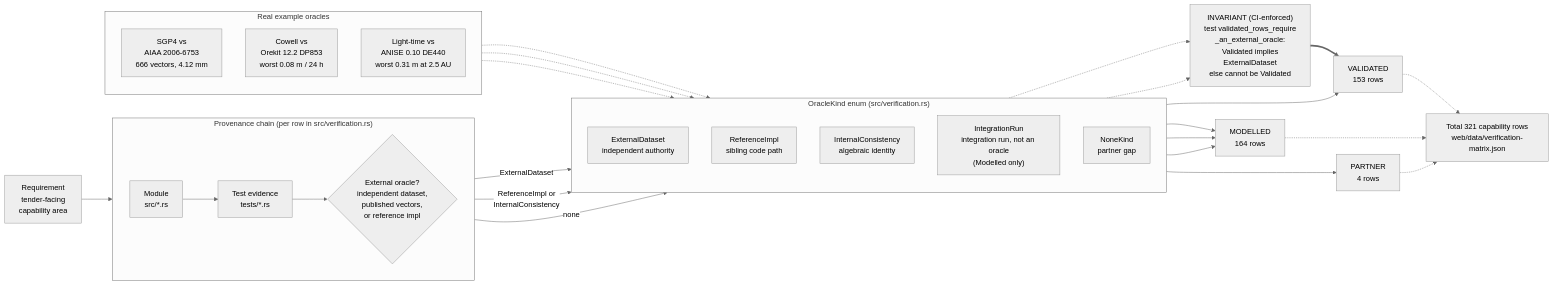
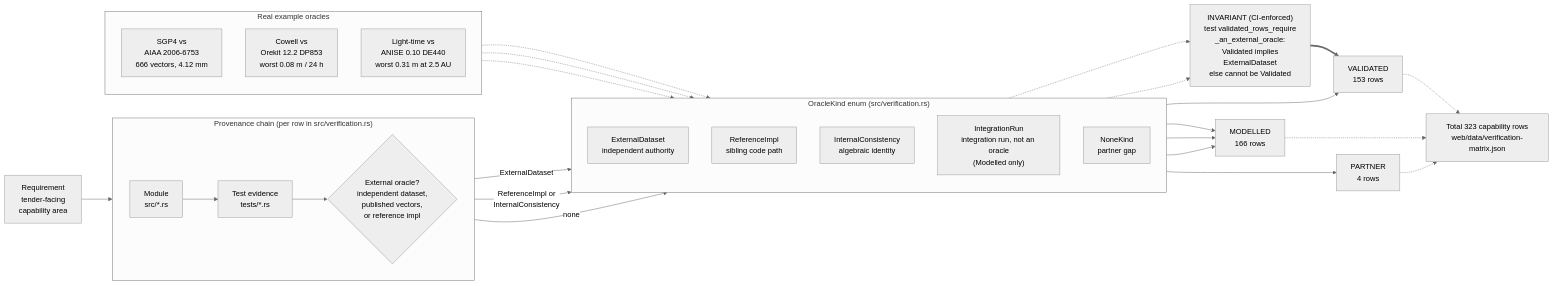
One commit to ashfordeOU/kshana changed the diagram in docs/diagrams/validation-provenance.mmd. Above: the diagram before and after it, drawn with Mermaid (neutral theme). The commit also changed 4 other files, not shown here.

```diff
--- a/docs/diagrams/validation-provenance.mmd
+++ b/docs/diagrams/validation-provenance.mmd
@@ -1,51 +1,51 @@
 flowchart LR
     REQ["Requirement<br/>tender-facing<br/>capability area"]
 
     subgraph CHAIN["Provenance chain (per row in src/verification.rs)"]
         direction LR
         MOD["Module<br/>src/*.rs"]
         TST["Test evidence<br/>tests/*.rs"]
         ORA{"External oracle?<br/>independent dataset,<br/>published vectors,<br/>or reference impl"}
     end
 
     REQ --> MOD --> TST --> ORA
 
     subgraph KINDS["OracleKind enum (src/verification.rs)"]
         direction TD
         EXT["ExternalDataset<br/>independent authority"]
         REF["ReferenceImpl<br/>sibling code path"]
         INT["InternalConsistency<br/>algebraic identity"]
         IRN["IntegrationRun<br/>integration run, not an oracle<br/>(Modelled only)"]
         NON["NoneKind<br/>partner gap"]
     end
 
     ORA -->|ExternalDataset| EXT
     ORA -->|"ReferenceImpl or<br/>InternalConsistency"| INT
     ORA -->|none| NON
 
     GUARD["INVARIANT (CI-enforced)<br/>test validated_rows_require<br/>_an_external_oracle:<br/>Validated implies<br/>ExternalDataset<br/>else cannot be Validated"]
     EXT -.-> GUARD
     INT -.-> GUARD
 
     EXT --> VAL["VALIDATED<br/>153 rows"]
-    REF --> MDL["MODELLED<br/>164 rows"]
+    REF --> MDL["MODELLED<br/>166 rows"]
     INT --> MDL
     IRN --> MDL
     NON --> PRT["PARTNER<br/>4 rows"]
     GUARD ==> VAL
 
     subgraph EX["Real example oracles"]
         direction TD
         E1["SGP4 vs<br/>AIAA 2006-6753<br/>666 vectors, 4.12 mm"]
         E2["Cowell vs<br/>Orekit 12.2 DP853<br/>worst 0.08 m / 24 h"]
         E3["Light-time vs<br/>ANISE 0.10 DE440<br/>worst 0.31 m at 2.5 AU"]
     end
 
     E1 -.-> EXT
     E2 -.-> EXT
     E3 -.-> EXT
 
-    TOTAL["Total 321 capability rows<br/>web/data/verification-matrix.json"]
+    TOTAL["Total 323 capability rows<br/>web/data/verification-matrix.json"]
     VAL -.-> TOTAL
     MDL -.-> TOTAL
     PRT -.-> TOTAL
```
